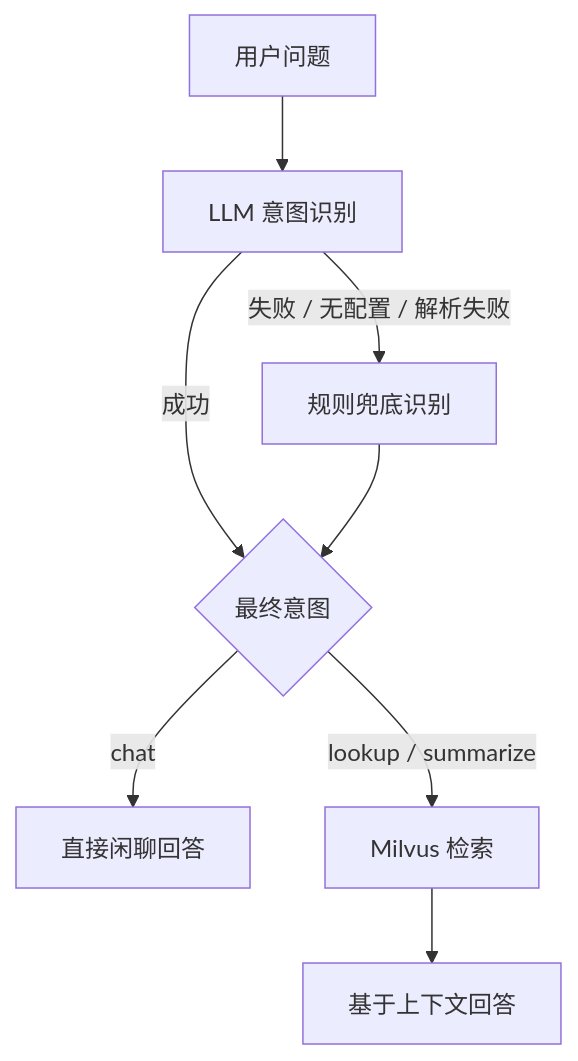
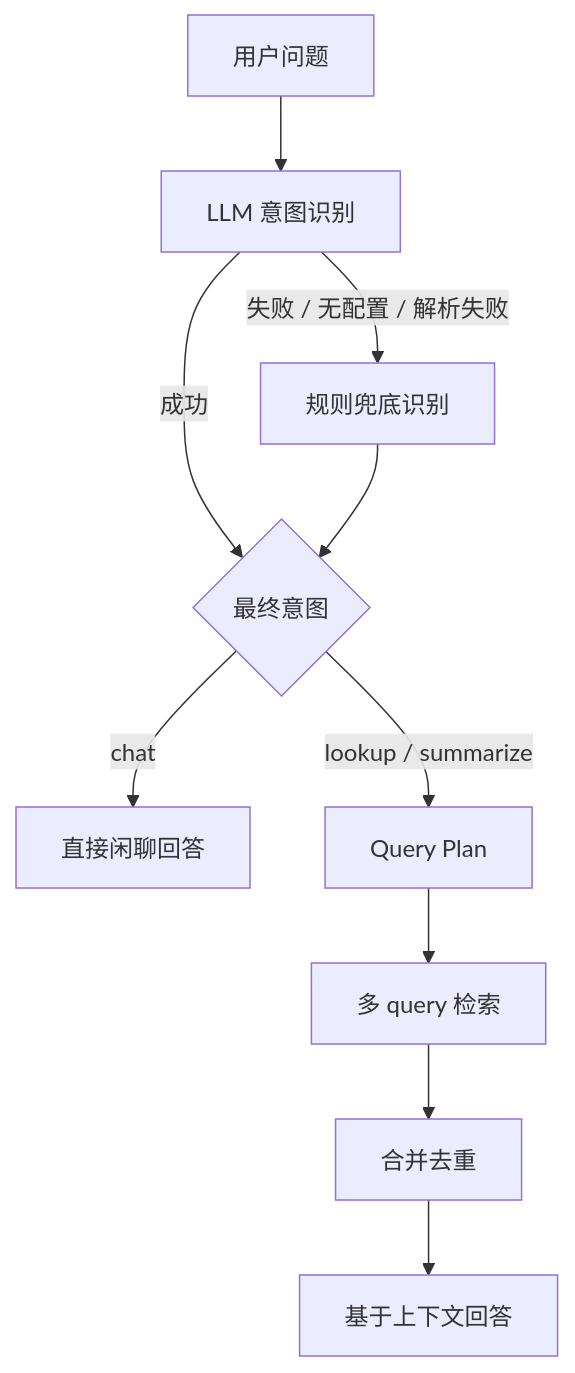
Before and after one commit to szlx23/fabagent-rag: the diagram in README.md, drawn with Mermaid. The commit also changed other lines of this file and 4 other files, not shown here.

````diff
--- a/README.md
+++ b/README.md
@@ -275,10 +276,12 @@
 ```mermaid
 flowchart TD
     A[用户问题] --> B[LLM 意图识别]
     B -->|成功| C{最终意图}
     B -->|失败 / 无配置 / 解析失败| D[规则兜底识别]
     D --> C
     C -->|chat| E[直接闲聊回答]
-    C -->|lookup / summarize| F[Milvus 检索]
-    F --> G[基于上下文回答]
+    C -->|lookup / summarize| F[Query Plan]
+    F --> G[多 query 检索]
+    G --> H[合并去重]
+    H --> I[基于上下文回答]
 ```
````
